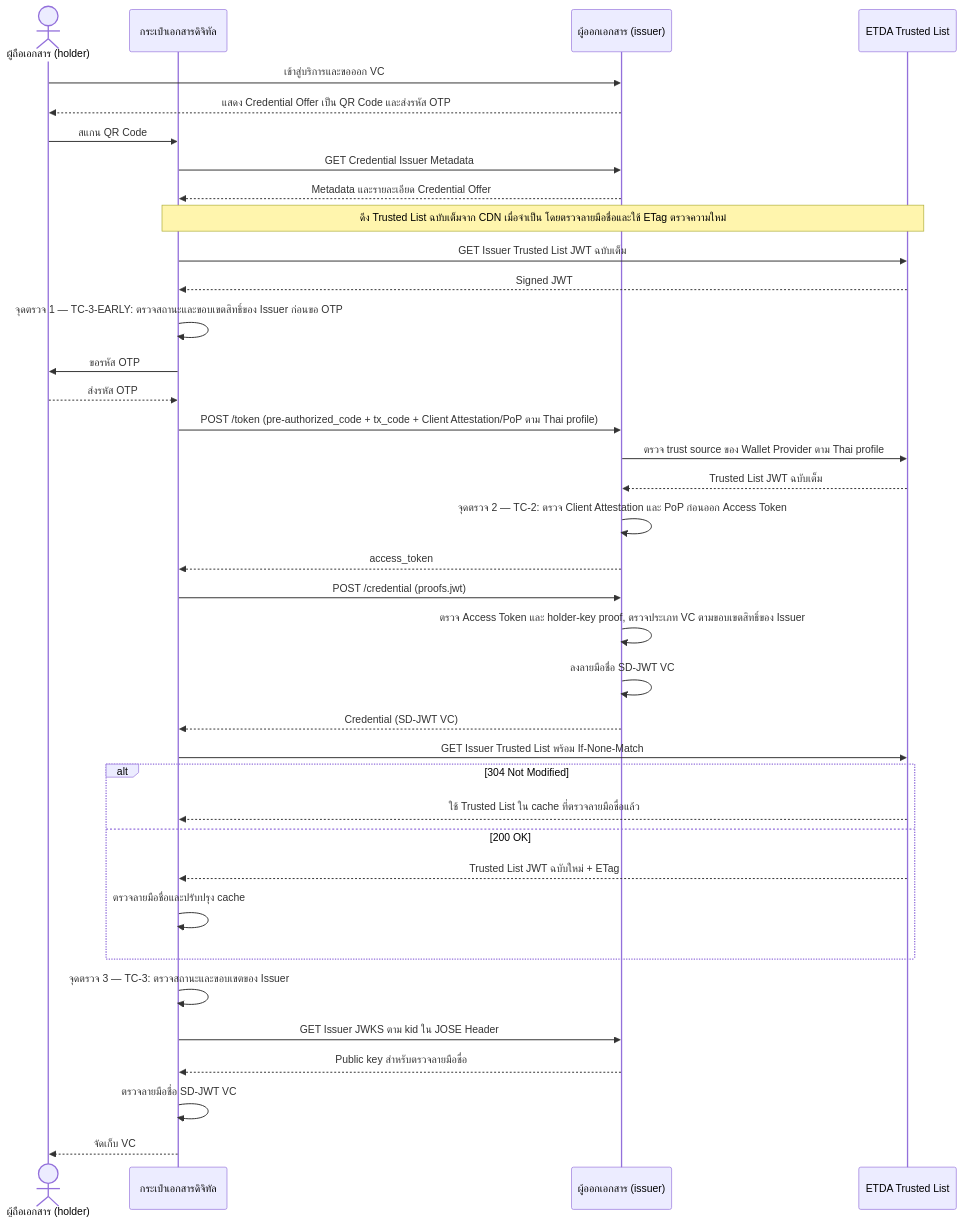
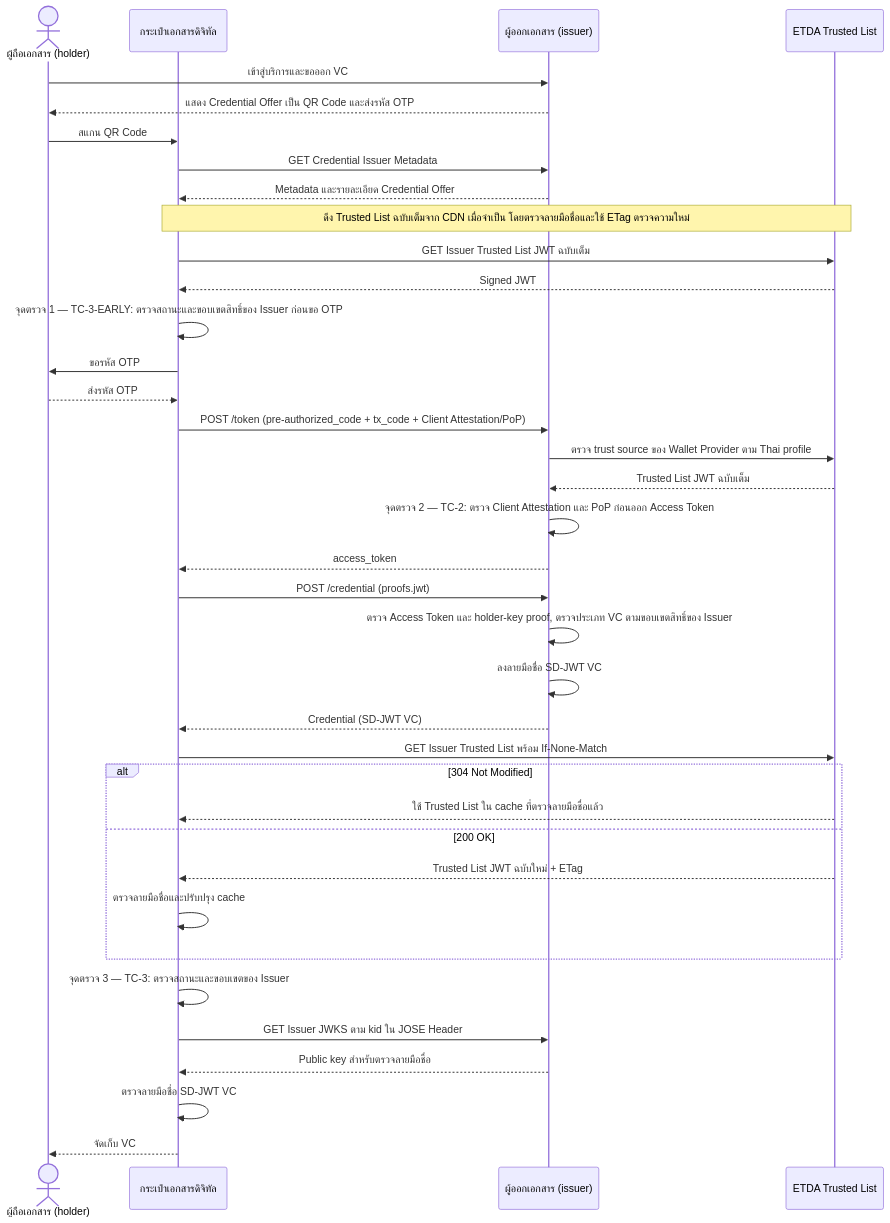
One commit to ETDA/vcdoc changed the third of 4 diagrams in docs/thai-vc-arf/09-trust-model-3.md. Above: the diagram before and after it, drawn with Mermaid. The commit also changed other lines of this file and 22 other files, not shown here.

````diff
--- a/docs/thai-vc-arf/09-trust-model-3.md
+++ b/docs/thai-vc-arf/09-trust-model-3.md
@@ -94,39 +94,39 @@
 ```mermaid
 sequenceDiagram
     actor U as ผู้ถือเอกสาร (holder)
     participant W as กระเป๋าเอกสารดิจิทัล
     participant I as ผู้ออกเอกสาร (issuer)
     participant TL as ETDA Trusted List
     U->>I: เข้าสู่บริการและขอออก VC
     I-->>U: แสดง Credential Offer เป็น QR Code และส่งรหัส OTP
     U->>W: สแกน QR Code
     W->>I: GET Credential Issuer Metadata
     I-->>W: Metadata และรายละเอียด Credential Offer
     Note over W,TL: ดึง Trusted List ฉบับเต็มจาก CDN เมื่อจำเป็น โดยตรวจลายมือชื่อและใช้ ETag ตรวจความใหม่
     W->>TL: GET Issuer Trusted List JWT ฉบับเต็ม
     TL-->>W: Signed JWT
     W->>W: จุดตรวจ 1 — TC-3-EARLY: ตรวจสถานะและขอบเขตสิทธิ์ของ Issuer ก่อนขอ OTP
     W->>U: ขอรหัส OTP
     U-->>W: ส่งรหัส OTP
-    W->>I: POST /token (pre-authorized_code + tx_code + Client Attestation/PoP ตาม Thai profile)
+    W->>I: POST /token (pre-authorized_code + tx_code + Client Attestation/PoP)
     I->>TL: ตรวจ trust source ของ Wallet Provider ตาม Thai profile
     TL-->>I: Trusted List JWT ฉบับเต็ม
     I->>I: จุดตรวจ 2 — TC-2: ตรวจ Client Attestation และ PoP ก่อนออก Access Token
     I-->>W: access_token
     W->>I: POST /credential (proofs.jwt)
     I->>I: ตรวจ Access Token และ holder-key proof, ตรวจประเภท VC ตามขอบเขตสิทธิ์ของ Issuer
     I->>I: ลงลายมือชื่อ SD-JWT VC
     I-->>W: Credential (SD-JWT VC)
     W->>TL: GET Issuer Trusted List พร้อม If-None-Match
     alt 304 Not Modified
         TL-->>W: ใช้ Trusted List ใน cache ที่ตรวจลายมือชื่อแล้ว
     else 200 OK
         TL-->>W: Trusted List JWT ฉบับใหม่ + ETag
         W->>W: ตรวจลายมือชื่อและปรับปรุง cache
     end
     W->>W: จุดตรวจ 3 — TC-3: ตรวจสถานะและขอบเขตของ Issuer
     W->>I: GET Issuer JWKS ตาม kid ใน JOSE Header
     I-->>W: Public key สำหรับตรวจลายมือชื่อ
     W->>W: ตรวจลายมือชื่อ SD-JWT VC
     W-->>U: จัดเก็บ VC
 ```
````
